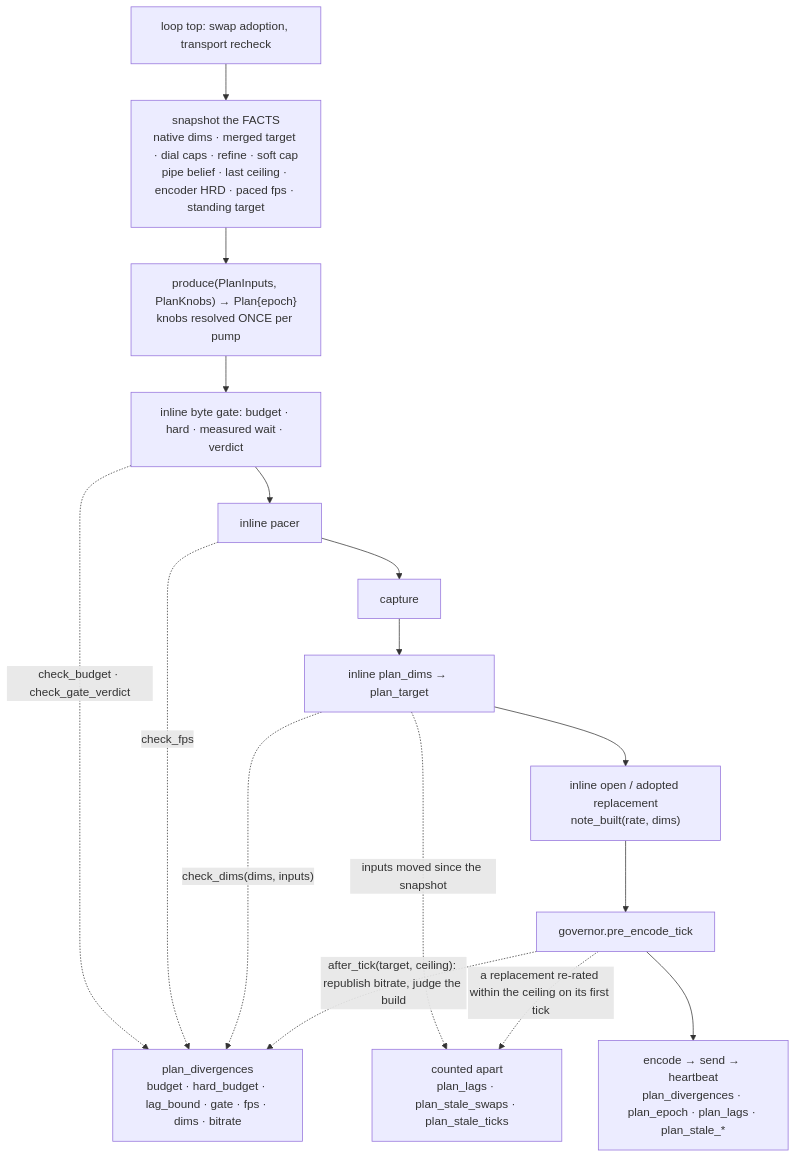
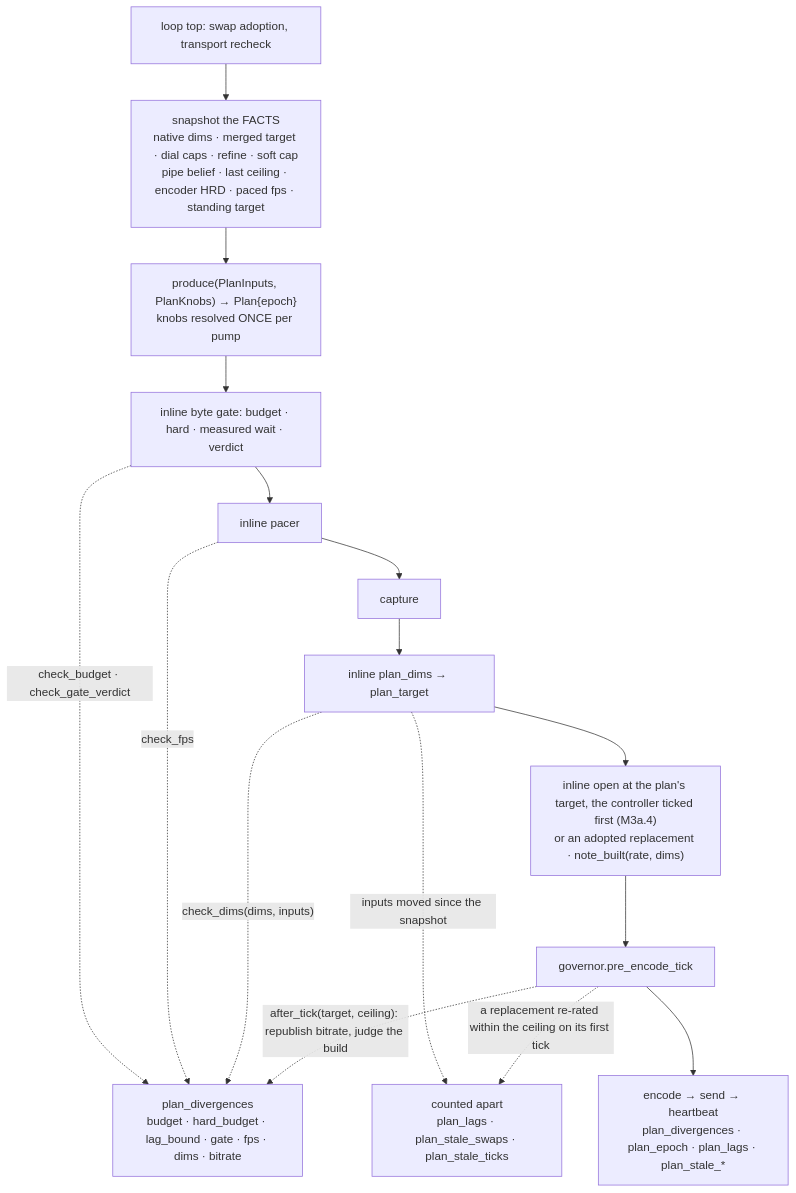
The seventh of 17 diagrams in docs/rate-control.md (gjovanov/roomler-ai), drawn with Mermaid before and after one commit. The commit also changed other lines of this file and 28 other files, not shown here.

````diff
--- a/docs/rate-control.md
+++ b/docs/rate-control.md
@@ -999,18 +999,18 @@
 ```mermaid
 flowchart TD
     TOP["loop top: swap adoption, transport recheck"] --> SNAP["snapshot the FACTS<br/>native dims · merged target · dial caps · refine · soft cap<br/>pipe belief · last ceiling · encoder HRD · paced fps · standing target"]
     SNAP --> PROD["produce(PlanInputs, PlanKnobs) → Plan{epoch}<br/>knobs resolved ONCE per pump"]
     PROD --> GATE["inline byte gate: budget · hard · measured wait · verdict"]
     GATE -. "check_budget · check_gate_verdict" .-> CNT["plan_divergences<br/>budget · hard_budget · lag_bound · gate · fps · dims · bitrate"]
     GATE --> PACE["inline pacer"]
     PACE -. "check_fps" .-> CNT
     PACE --> CAP["capture"]
     CAP --> DIMS["inline plan_dims → plan_target"]
     DIMS -. "check_dims(dims, inputs)" .-> CNT
     DIMS -. "inputs moved since the snapshot" .-> APART["counted apart<br/>plan_lags · plan_stale_swaps · plan_stale_ticks"]
-    DIMS --> BUILD["inline open / adopted replacement<br/>note_built(rate, dims)"]
+    DIMS --> BUILD["inline open at the plan's target, the controller ticked first (M3a.4)<br/>or an adopted replacement · note_built(rate, dims)"]
     BUILD --> TICK["governor.pre_encode_tick"]
     TICK -. "after_tick(target, ceiling): republish bitrate, judge the build" .-> CNT
     TICK -. "a replacement re-rated within the ceiling on its first tick" .-> APART
     TICK --> OUT["encode → send → heartbeat<br/>plan_divergences · plan_epoch · plan_lags · plan_stale_*"]
 ```
````
